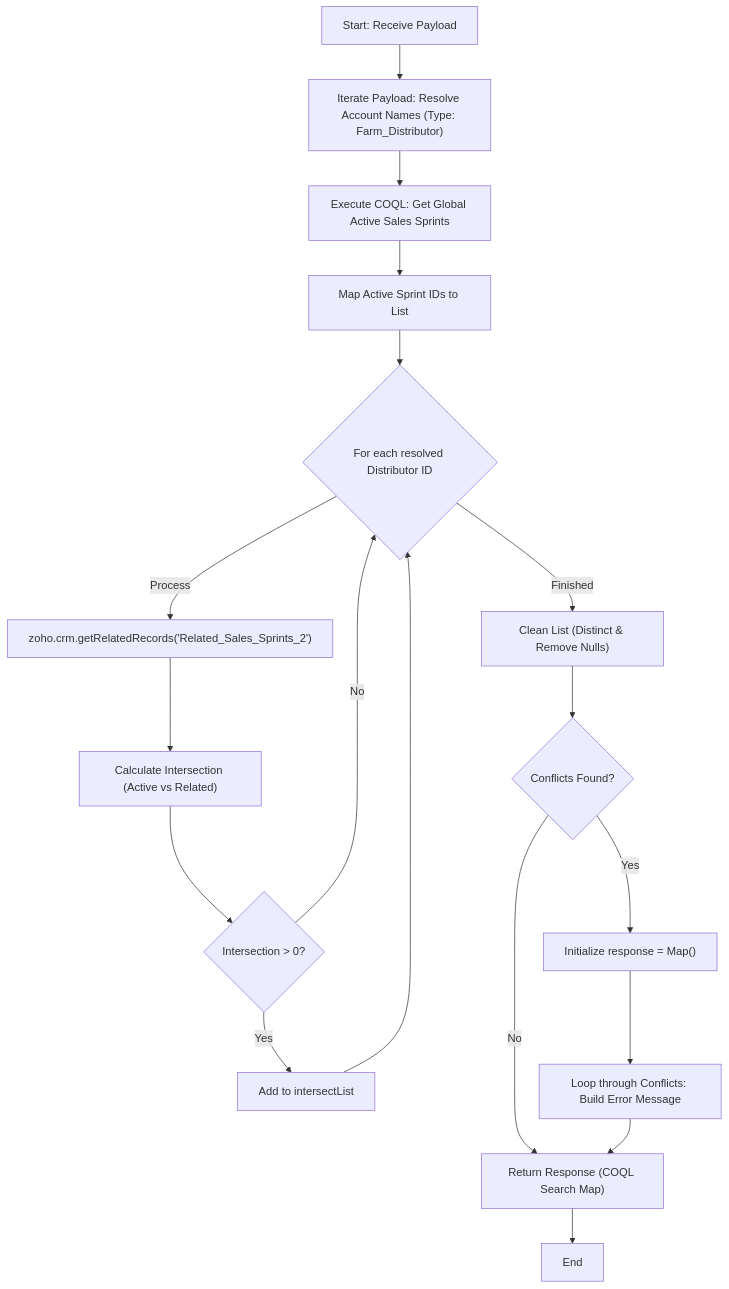
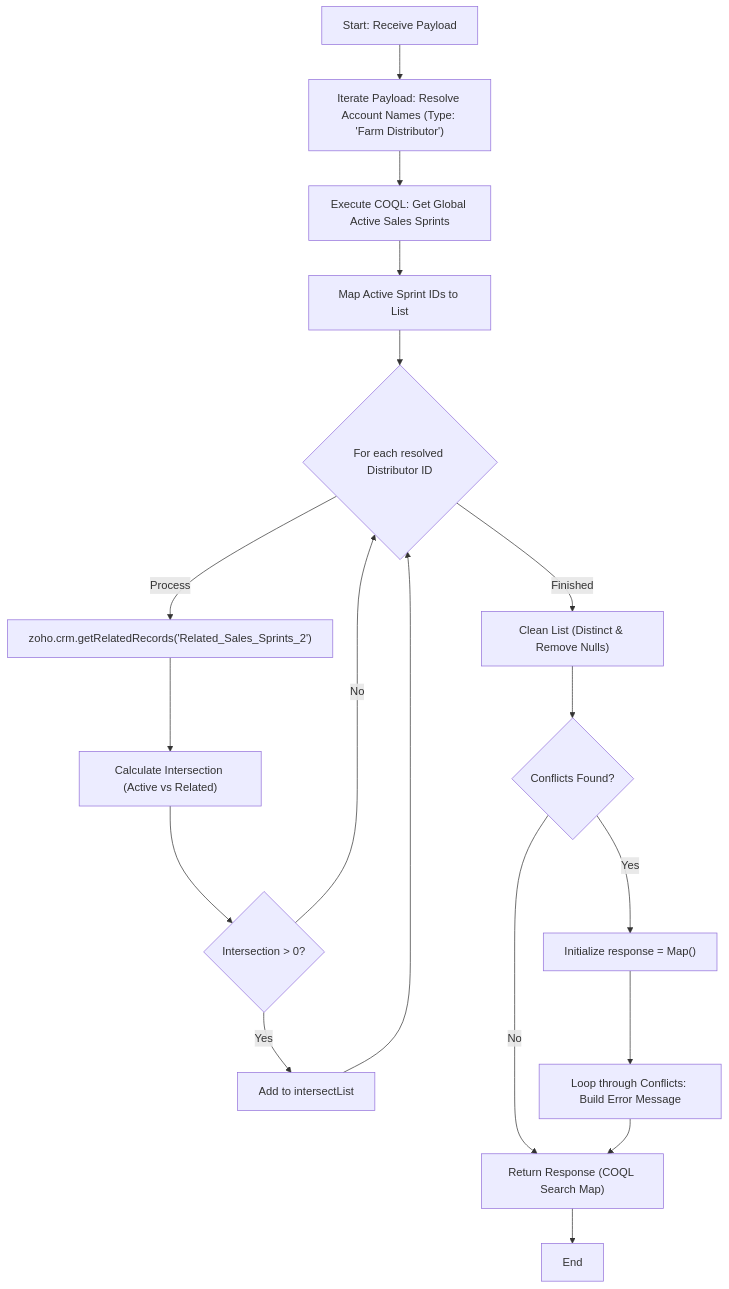
One commit to martinkp93/zoho-scripts changed the diagram in scripts/delugeSendToActiveCampaignLimit/delugeSendToActiveCampaignLimit.md. Above: the diagram before and after it, drawn with Mermaid. The commit also changed other lines of this file, not shown here.

````diff
--- a/scripts/delugeSendToActiveCampaignLimit/delugeSendToActiveCampaignLimit.md
+++ b/scripts/delugeSendToActiveCampaignLimit/delugeSendToActiveCampaignLimit.md
@@ -37,20 +37,20 @@
 ```mermaid
 graph TD
-    Start["Start: Receive Payload"] --> ResolveDistributors["Iterate Payload: Resolve Account Names (Type: Farm_Distributor)"]
+    Start["Start: Receive Payload"] --> ResolveDistributors["Iterate Payload: Resolve Account Names (Type: 'Farm Distributor')"]
     ResolveDistributors --> COQLQuery["Execute COQL: Get Global Active Sales Sprints"]
     COQLQuery --> MapActiveIDs["Map Active Sprint IDs to List"]
     MapActiveIDs --> DistLoopStart{"For each resolved Distributor ID"}
     DistLoopStart -- "Process" --> GetRelated["zoho.crm.getRelatedRecords('Related_Sales_Sprints_2')"]
     GetRelated --> Intersect["Calculate Intersection (Active vs Related)"]
     Intersect --> CheckSize{"Intersection > 0?"}
     CheckSize -- "Yes" --> AddToList["Add to intersectList"]
     CheckSize -- "No" --> DistLoopStart
     AddToList --> DistLoopStart
     DistLoopStart -- "Finished" --> CleanList["Clean List (Distinct & Remove Nulls)"]
     CleanList --> ConflictCheck{"Conflicts Found?"}
     ConflictCheck -- "Yes" --> InitErrorMap["Initialize response = Map()"]
     InitErrorMap --> BuildConflictMsg["Loop through Conflicts: Build Error Message"]
     ConflictCheck -- "No" --> ReturnResponse["Return Response (COQL Search Map)"]
     BuildConflictMsg --> ReturnResponse
     ReturnResponse --> End["End"]
 ```
````
